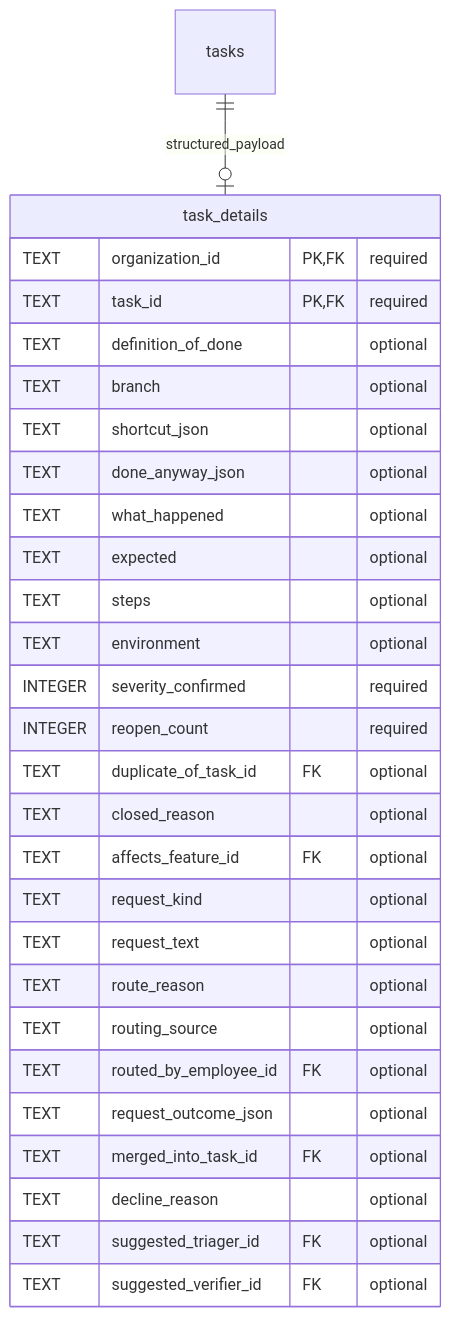
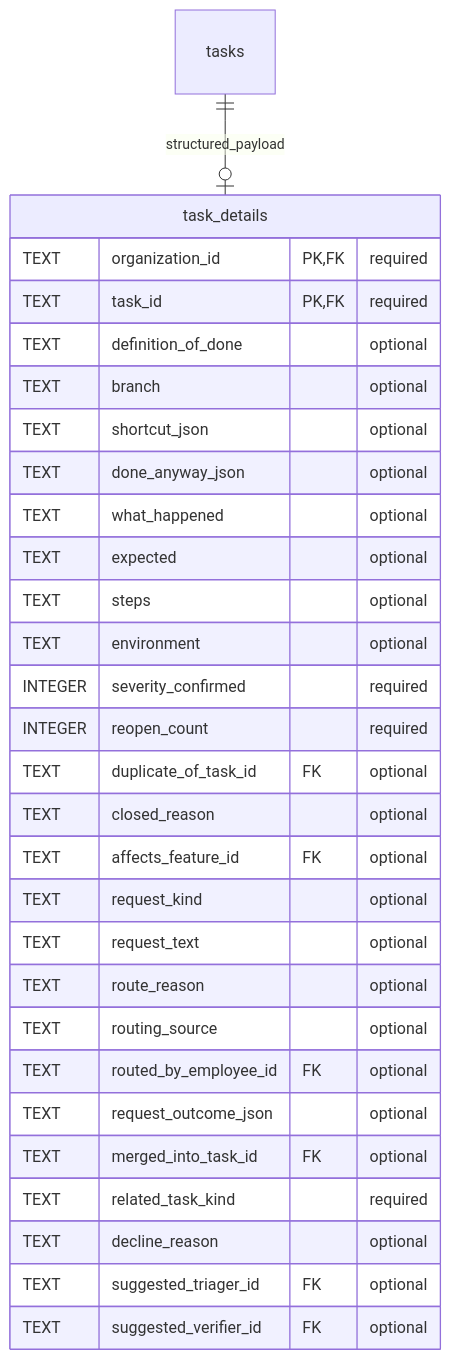
One commit to vgmello/agentic-org changed the third of 3 diagrams in docs/design/organization-data/03-features-and-work.md. Above: the diagram before and after it, drawn with Mermaid. The commit also changed other lines of this file and 43 other files, not shown here.

First line of the commit message:
docs: hiring without approval and private notes across the specs; schema corrections from the review (data contract 2.20)

````diff
--- a/docs/design/organization-data/03-features-and-work.md
+++ b/docs/design/organization-data/03-features-and-work.md
@@ -481,31 +482,32 @@
 ```mermaid
 erDiagram
     tasks ||--o| task_details : structured_payload
     task_details {
         TEXT organization_id PK, FK "required"
         TEXT task_id PK, FK "required"
         TEXT definition_of_done "optional"
         TEXT branch "optional"
         TEXT shortcut_json "optional"
         TEXT done_anyway_json "optional"
         TEXT what_happened "optional"
         TEXT expected "optional"
         TEXT steps "optional"
         TEXT environment "optional"
         INTEGER severity_confirmed "required"
         INTEGER reopen_count "required"
         TEXT duplicate_of_task_id FK "optional"
         TEXT closed_reason "optional"
         TEXT affects_feature_id FK "optional"
         TEXT request_kind "optional"
         TEXT request_text "optional"
         TEXT route_reason "optional"
         TEXT routing_source "optional"
         TEXT routed_by_employee_id FK "optional"
         TEXT request_outcome_json "optional"
         TEXT merged_into_task_id FK "optional"
+        TEXT related_task_kind "required"
         TEXT decline_reason "optional"
         TEXT suggested_triager_id FK "optional"
         TEXT suggested_verifier_id FK "optional"
     }
 ```
````
